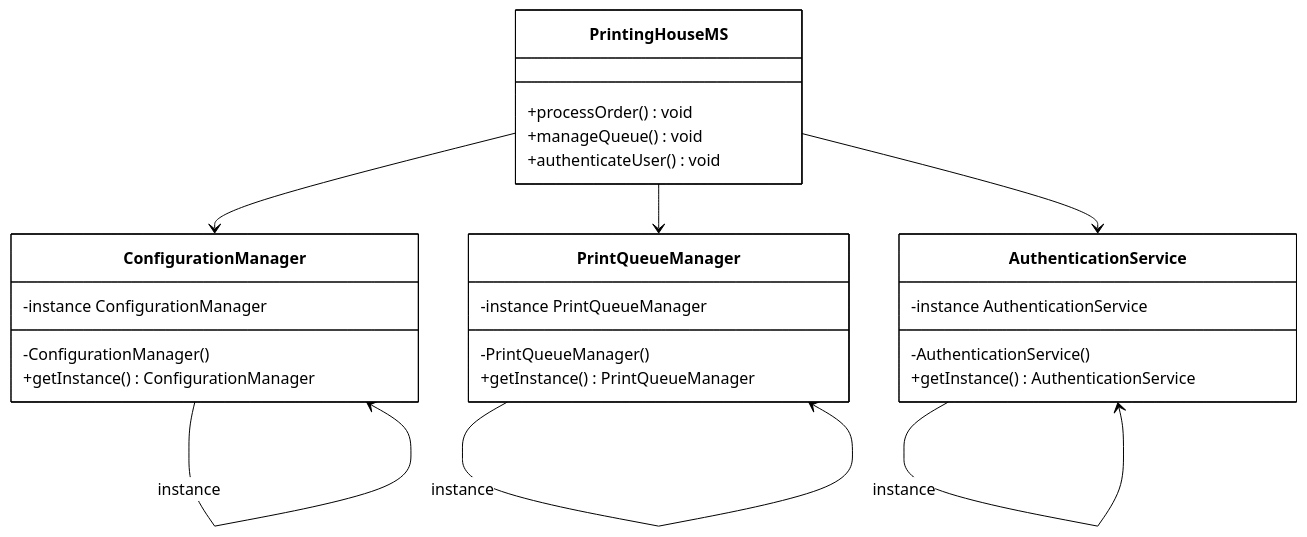
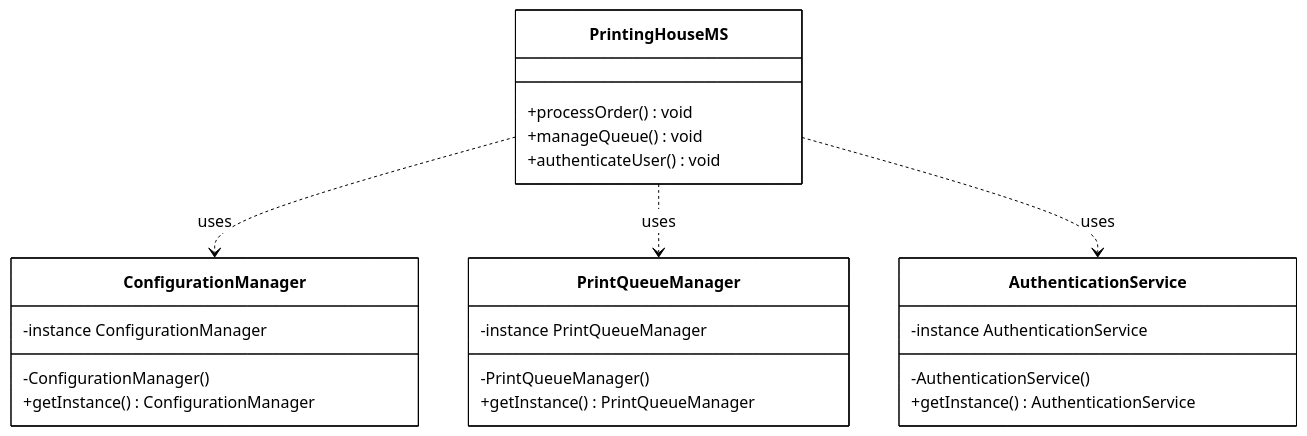
One commit to Arlindo536/PrintingHouseMS changed the diagram in DesignPatterns/Creational/singleton.md. Above: the diagram before and after it, drawn with Mermaid. The commit also changed other lines of this file, not shown here.

````diff
--- a/DesignPatterns/Creational/singleton.md
+++ b/DesignPatterns/Creational/singleton.md
@@ -101,47 +101,43 @@
 ```mermaid
 %%{init: {
   'theme': 'base',
   'themeVariables': {
     'primaryColor': '#ffffff',
     'primaryTextColor': '#000000',
     'primaryBorderColor': '#000000',
     'lineColor': '#000000',
     'background': '#ffffff',
     'mainBkg': '#ffffff',
     'secondaryColor': '#ffffff',
     'tertiaryColor': '#ffffff'
   }
 }}%%
 classDiagram
     class PrintingHouseMS {
         +processOrder() void
         +manageQueue() void
         +authenticateUser() void
     }
     
     class ConfigurationManager {
         -instance ConfigurationManager
         -ConfigurationManager()
         +getInstance() ConfigurationManager
     }
     
     class PrintQueueManager {
         -instance PrintQueueManager
         -PrintQueueManager()
         +getInstance() PrintQueueManager
     }
     
     class AuthenticationService {
         -instance AuthenticationService
         -AuthenticationService()
         +getInstance() AuthenticationService
     }
     
-    PrintingHouseMS --> ConfigurationManager
-    PrintingHouseMS --> PrintQueueManager
-    PrintingHouseMS --> AuthenticationService
-    
-    ConfigurationManager --> ConfigurationManager : instance
-    PrintQueueManager --> PrintQueueManager : instance
-    AuthenticationService --> AuthenticationService : instance
+    PrintingHouseMS ..> ConfigurationManager : uses
+    PrintingHouseMS ..> PrintQueueManager : uses
+    PrintingHouseMS ..> AuthenticationService : uses
 ```
````
